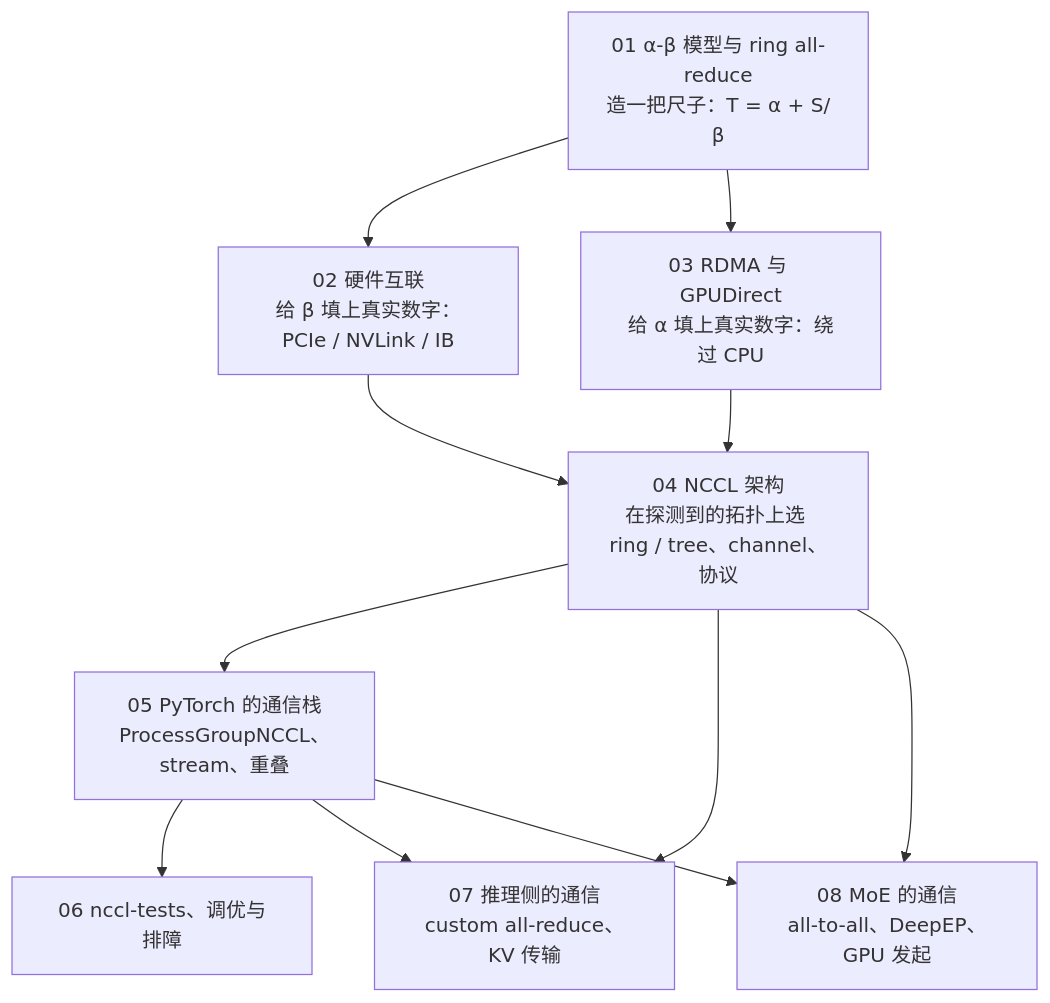
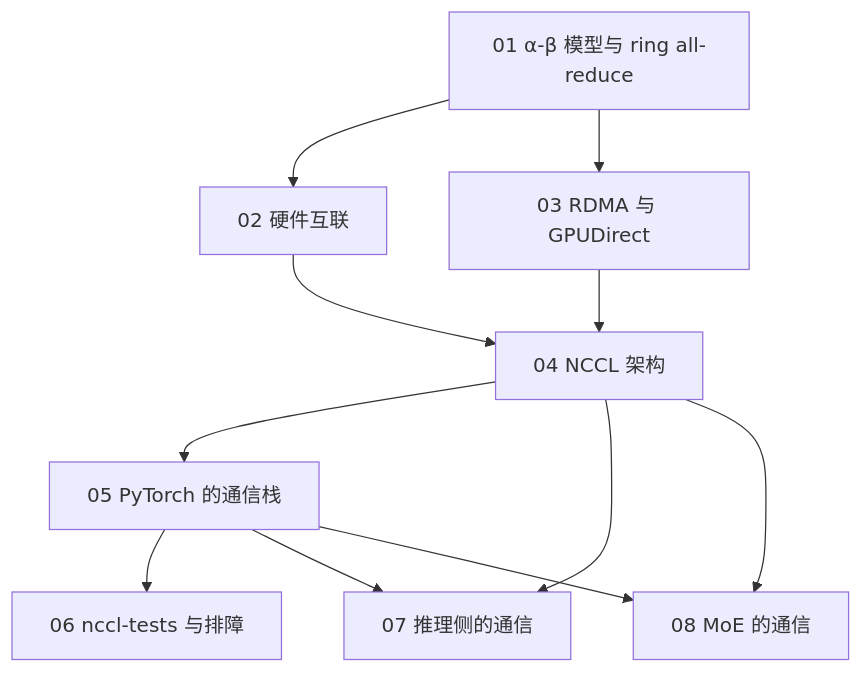
Before and after one commit to arganzheng/arganzheng.github.com: the diagram in slides/2026-06-27-communication-and-interconnect.md, drawn with Mermaid. The commit also changed other lines of this file, not shown here.

Commit message:
slides(2026-06-27-communication-and-interconnect): 图内文字 ≥14px——标签缩短/拆分/Unicode 数学

````diff
--- a/slides/2026-06-27-communication-and-interconnect.md
+++ b/slides/2026-06-27-communication-and-interconnect.md
@@ -38,12 +38,12 @@
 ```mermaid
 %%{init: {"flowchart": {"wrappingWidth": 180}}}%%
 flowchart TB
-    N1["01 α-β 模型与 ring all-reduce<br/>造一把尺子：T = α + S/β"]
-    N1 --> N2["02 硬件互联<br/>给 β 填上真实数字：PCIe / NVLink / IB"]
-    N1 --> N3["03 RDMA 与 GPUDirect<br/>给 α 填上真实数字：绕过 CPU"]
-    N2 & N3 --> N4["04 NCCL 架构<br/>在探测到的拓扑上选 ring / tree、channel、协议"]
-    N4 --> N5["05 PyTorch 的通信栈<br/>ProcessGroupNCCL、stream、重叠"]
-    N5 --> N6["06 nccl-tests、调优与排障"]
-    N4 & N5 --> N7["07 推理侧的通信<br/>custom all-reduce、KV 传输"]
-    N4 & N5 --> N8["08 MoE 的通信<br/>all-to-all、DeepEP、GPU 发起"]
+    N1["01 α-β 模型与 ring all-reduce"]
+    N1 --> N2["02 硬件互联"]
+    N1 --> N3["03 RDMA 与 GPUDirect"]
+    N2 & N3 --> N4["04 NCCL 架构"]
+    N4 --> N5["05 PyTorch 的通信栈"]
+    N5 --> N6["06 nccl-tests 与排障"]
+    N4 & N5 --> N7["07 推理侧的通信"]
+    N4 & N5 --> N8["08 MoE 的通信"]
 ```
````
